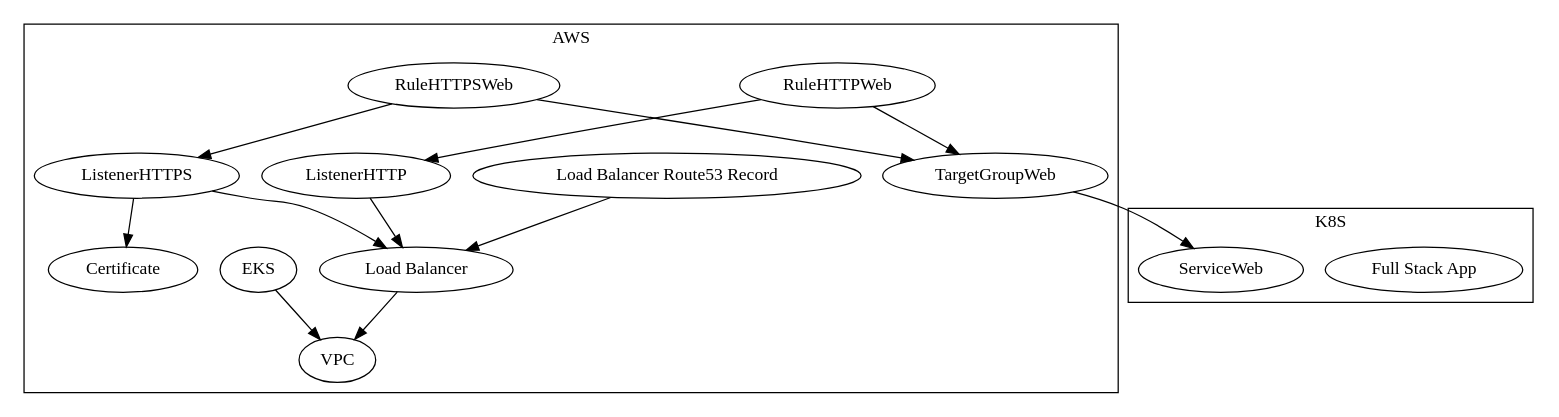
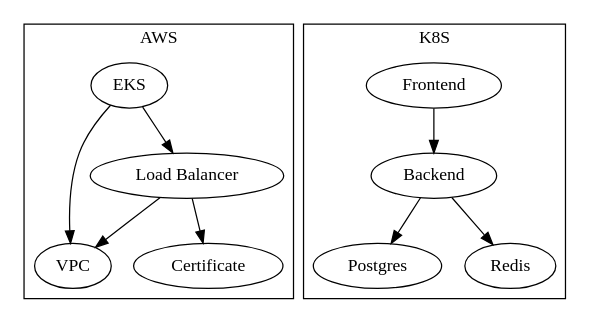
The diagram in examples/starhackit/eks-lean/modules.dot (grucloud/grucloud), drawn with Graphviz before and after one commit. The commit also changed 6 other files, not shown here.

```diff
--- a/examples/starhackit/eks-lean/modules.dot
+++ b/examples/starhackit/eks-lean/modules.dot
@@ -1,35 +1,25 @@
 digraph graphname {
   subgraph "cluster_mock-1" {
-label=AWS;
-"VPC"
-"EKS"
-"Certificate"
-"Load Balancer"
-"Load Balancer Route53 Record"
-"ListenerHTTP"
-"ListenerHTTPS"
-"TargetGroupWeb"
-"RuleHTTPWeb"
-"RuleHTTPSWeb"
+    label=AWS;
+    "VPC"
+    "EKS"
+    "Certificate"
+    "Load Balancer"
+  }
+  "Load Balancer" -> "VPC"
+  "Load Balancer" -> "Certificate"
+  "EKS" -> "Load Balancer"
+  "EKS" -> "VPC"
 
+  subgraph "cluster_k8s-2" {
+    label=K8S
+    "Frontend"
+    "Backend"
+    "Postgres"
+    "Redis"
+  }
+
+  "Frontend" ->  "Backend"
+  "Backend" -> "Postgres"
+  "Backend" -> "Redis"
 }
-
-subgraph "cluster_k8s-2" {
-label=K8S
-"Full Stack App"
-"ServiceWeb"
-}
-"RuleHTTPSWeb"->"ListenerHTTPS"
-"RuleHTTPSWeb"->"TargetGroupWeb"
-"ListenerHTTPS"->"Certificate"
-"ListenerHTTPS"->"Load Balancer"
-"TargetGroupWeb"->"ServiceWeb"
-"RuleHTTPWeb"->"ListenerHTTP"
-"RuleHTTPWeb"->"TargetGroupWeb"
-"ListenerHTTP"->"Load Balancer"
-"Load Balancer"->"VPC"
-"EKS" -> "VPC"
-"Load Balancer Route53 Record"->"Load Balancer" 
-
-
-}
```
